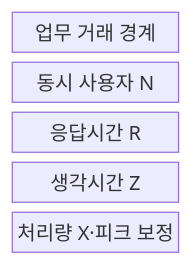
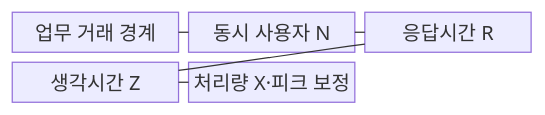
The first of 2 diagrams in src/content/docs/notes/06-evaluation/007_tps_calculation.md (agnusdei1207/knowledge-base), drawn with Mermaid before and after one commit. The commit also changed other lines of this file and 53 other files, not shown here.

````diff
--- a/src/content/docs/notes/06-evaluation/007_tps_calculation.md
+++ b/src/content/docs/notes/06-evaluation/007_tps_calculation.md
@@ -53,9 +53,13 @@
 ```mermaid
 block-beta
-  columns 1
+  columns 3
   T["업무 거래 경계"]
   N["동시 사용자 N"]
   R["응답시간 R"]
   Z["생각시간 Z"]
   X["처리량 X·피크 보정"]
+  T --- N
+  N --- R
+  R --- Z
+  Z --- X
 ```
````
